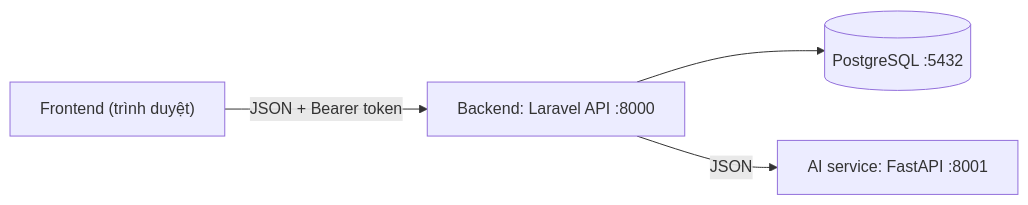
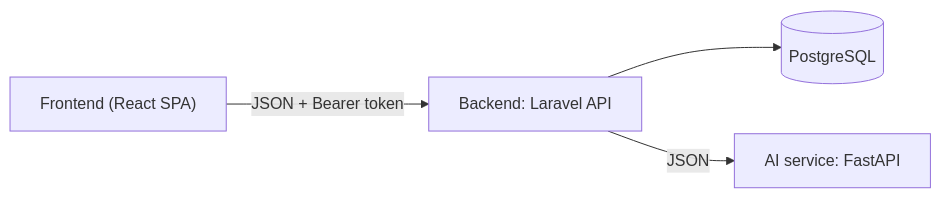
Before and after one commit to 52400067/rental-house-platform: the diagram in README.md, drawn with Mermaid. The commit also changed other lines of this file and 8 other files, not shown here.

````diff
--- a/README.md
+++ b/README.md
@@ -15,6 +22,6 @@
 ```mermaid
 graph LR
-    FE["Frontend (trình duyệt)"] -->|"JSON + Bearer token"| BE["Backend: Laravel API :8000"]
-    BE --> DB[("PostgreSQL :5432")]
-    BE -->|"JSON"| AI["AI service: FastAPI :8001"]
+    FE["Frontend (React SPA)"] -->|"JSON + Bearer token"| BE["Backend: Laravel API"]
+    BE --> DB[(PostgreSQL)]
+    BE -->|JSON| AI["AI service: FastAPI"]
 ```
````
